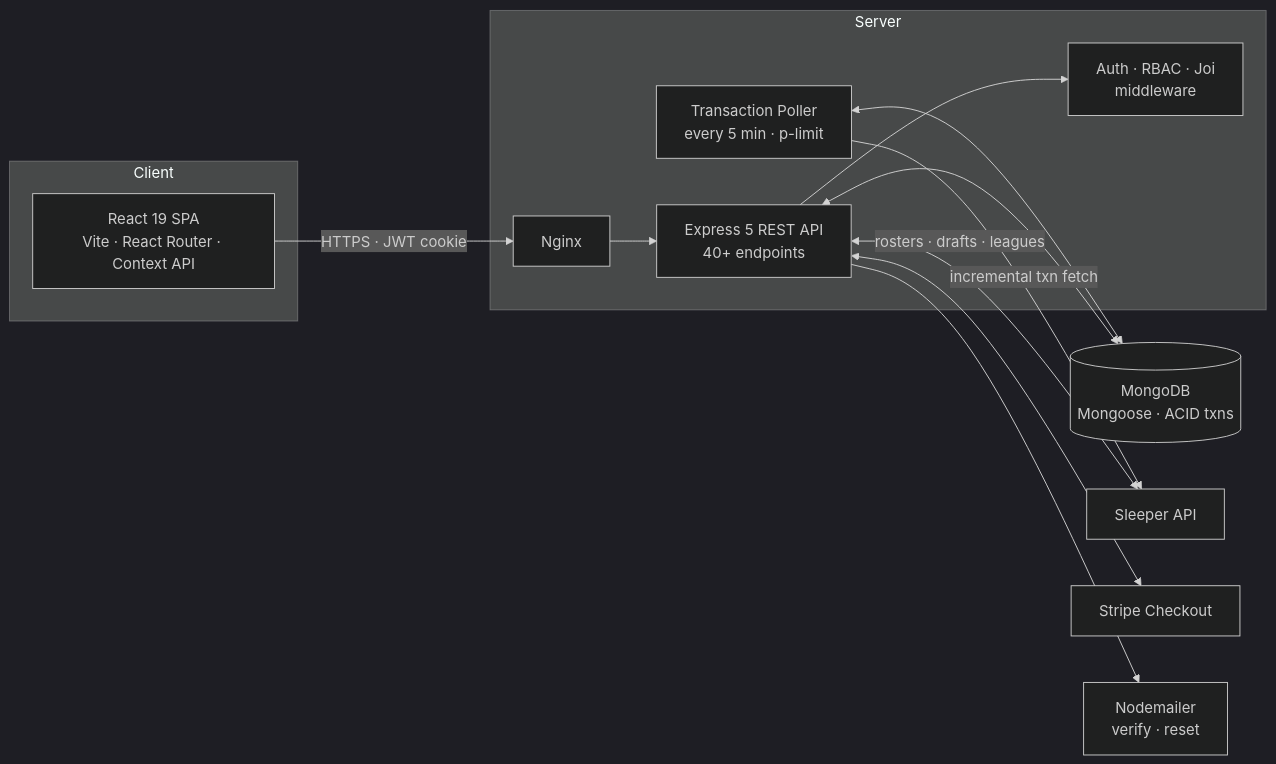
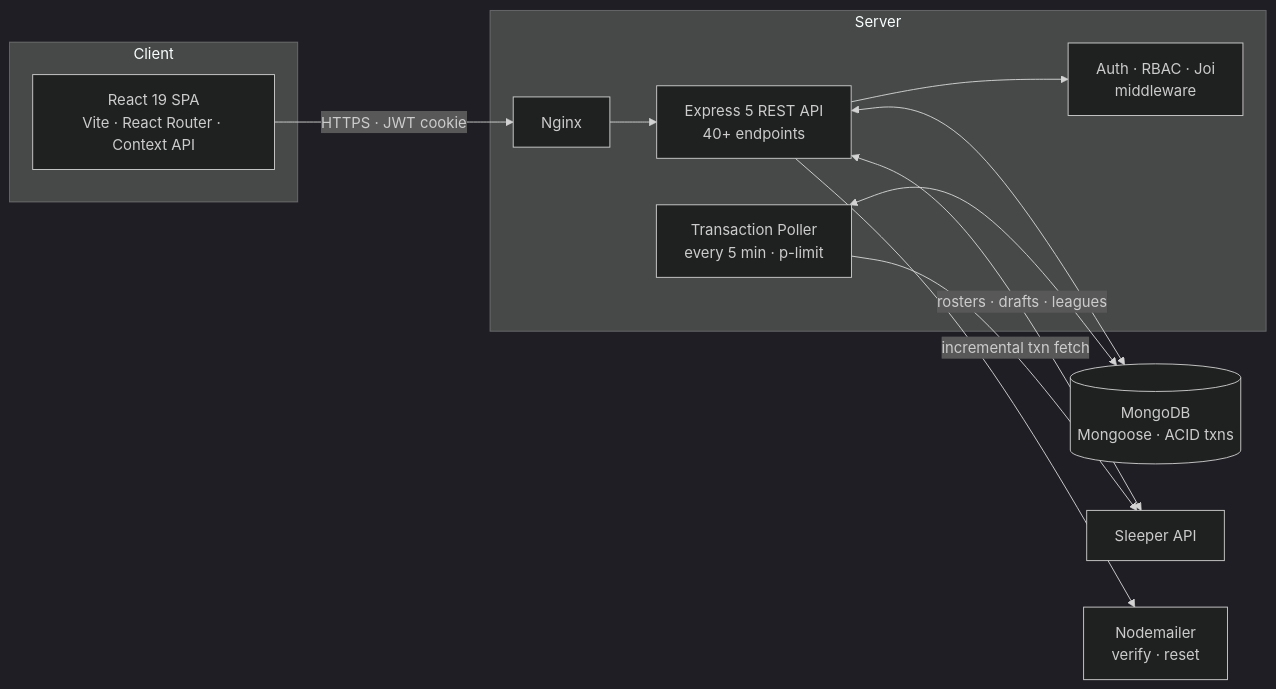
Before and after one commit to vinnymaisano/leaguehq: the diagram in README.md, drawn with Mermaid (dark theme). The commit also changed other lines of this file, not shown here.

````diff
--- a/README.md
+++ b/README.md
@@ -92,18 +88,17 @@
 ```mermaid
 flowchart LR
     subgraph Client
         A[React 19 SPA<br/>Vite · React Router · Context API]
     end
     subgraph Server
         N[Nginx] --> B[Express 5 REST API<br/>40+ endpoints]
         B --> M[Auth · RBAC · Joi<br/>middleware]
         P[Transaction Poller<br/>every 5 min · p-limit]
     end
     A -->|HTTPS · JWT cookie| N
     B <--> D[(MongoDB<br/>Mongoose · ACID txns)]
     P <--> D
     B <-->|rosters · drafts · leagues| S[Sleeper API]
     P -->|incremental txn fetch| S
-    B <--> ST[Stripe Checkout]
     B --> E[Nodemailer<br/>verify · reset]
 ```
````
